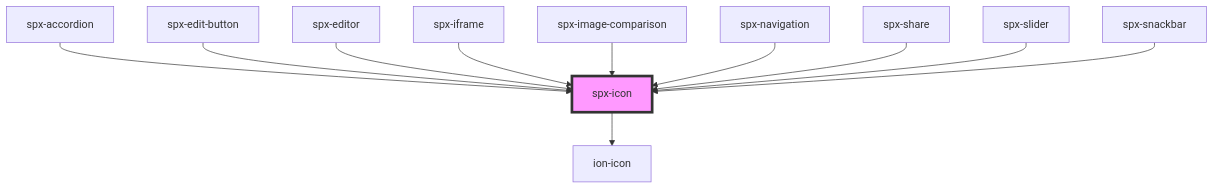
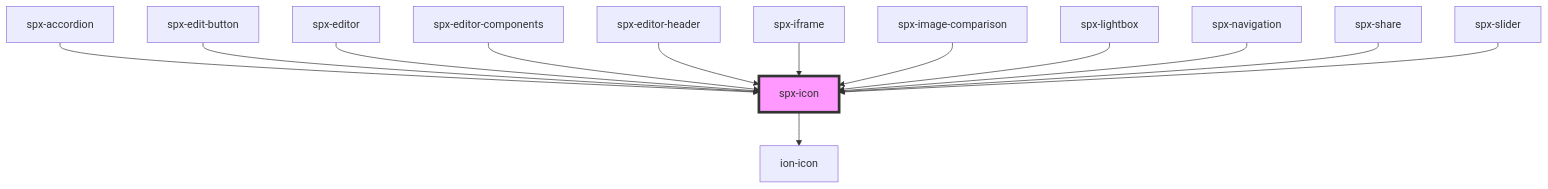
The diagram in stencil/src/components/elements/spx-icon/readme.md (dnnsjsk/spx), drawn with Mermaid before and after one commit. The commit also changed other lines of this file and 285 other files, not shown here.

````diff
--- a/stencil/src/components/elements/spx-icon/readme.md
+++ b/stencil/src/components/elements/spx-icon/readme.md
@@ -46,14 +48,16 @@
 ```mermaid
 graph TD;
   spx-icon --> ion-icon
   spx-accordion --> spx-icon
   spx-edit-button --> spx-icon
   spx-editor --> spx-icon
+  spx-editor-components --> spx-icon
+  spx-editor-header --> spx-icon
   spx-iframe --> spx-icon
   spx-image-comparison --> spx-icon
+  spx-lightbox --> spx-icon
   spx-navigation --> spx-icon
   spx-share --> spx-icon
   spx-slider --> spx-icon
-  spx-snackbar --> spx-icon
   style spx-icon fill:#f9f,stroke:#333,stroke-width:4px
 ```
````
